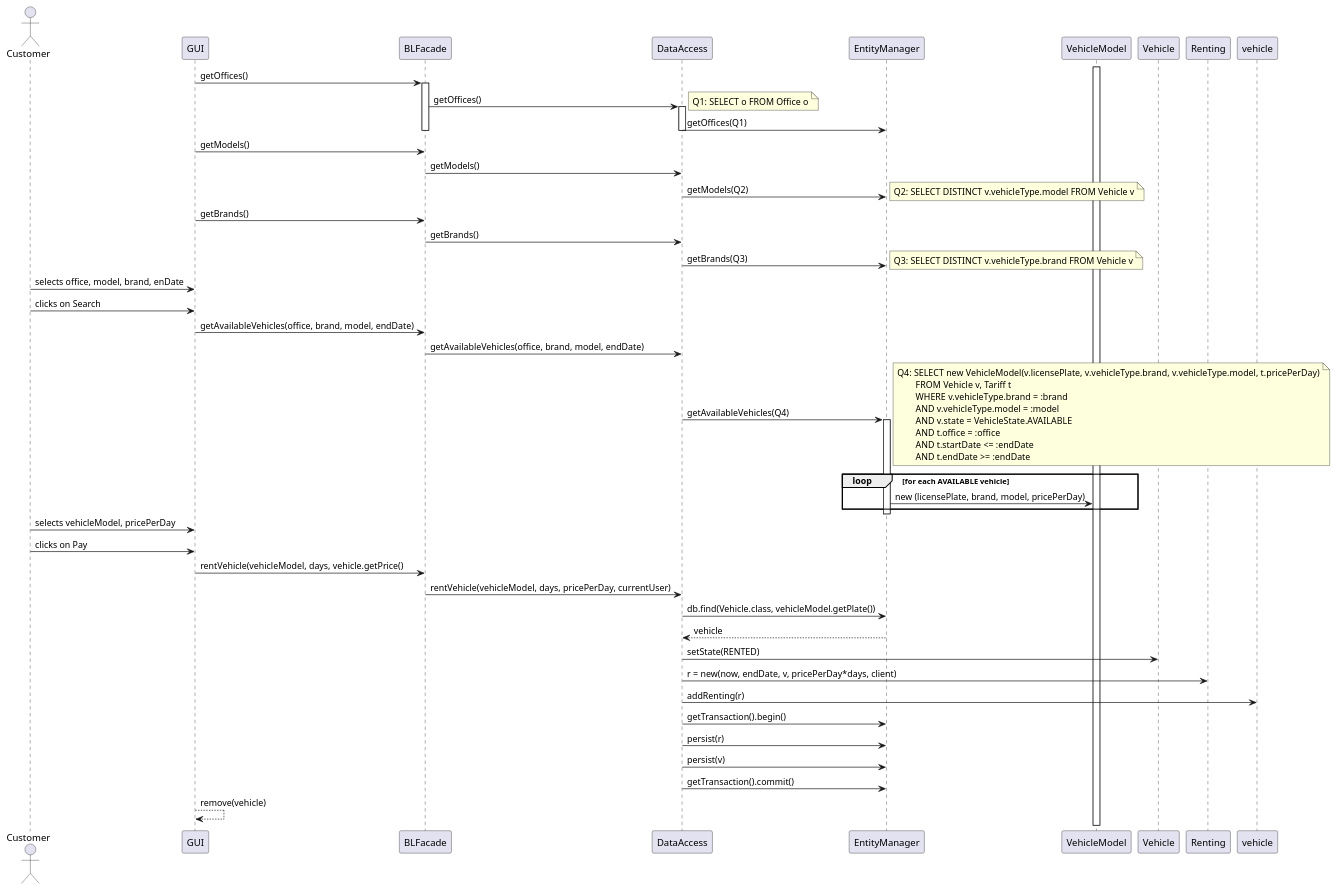
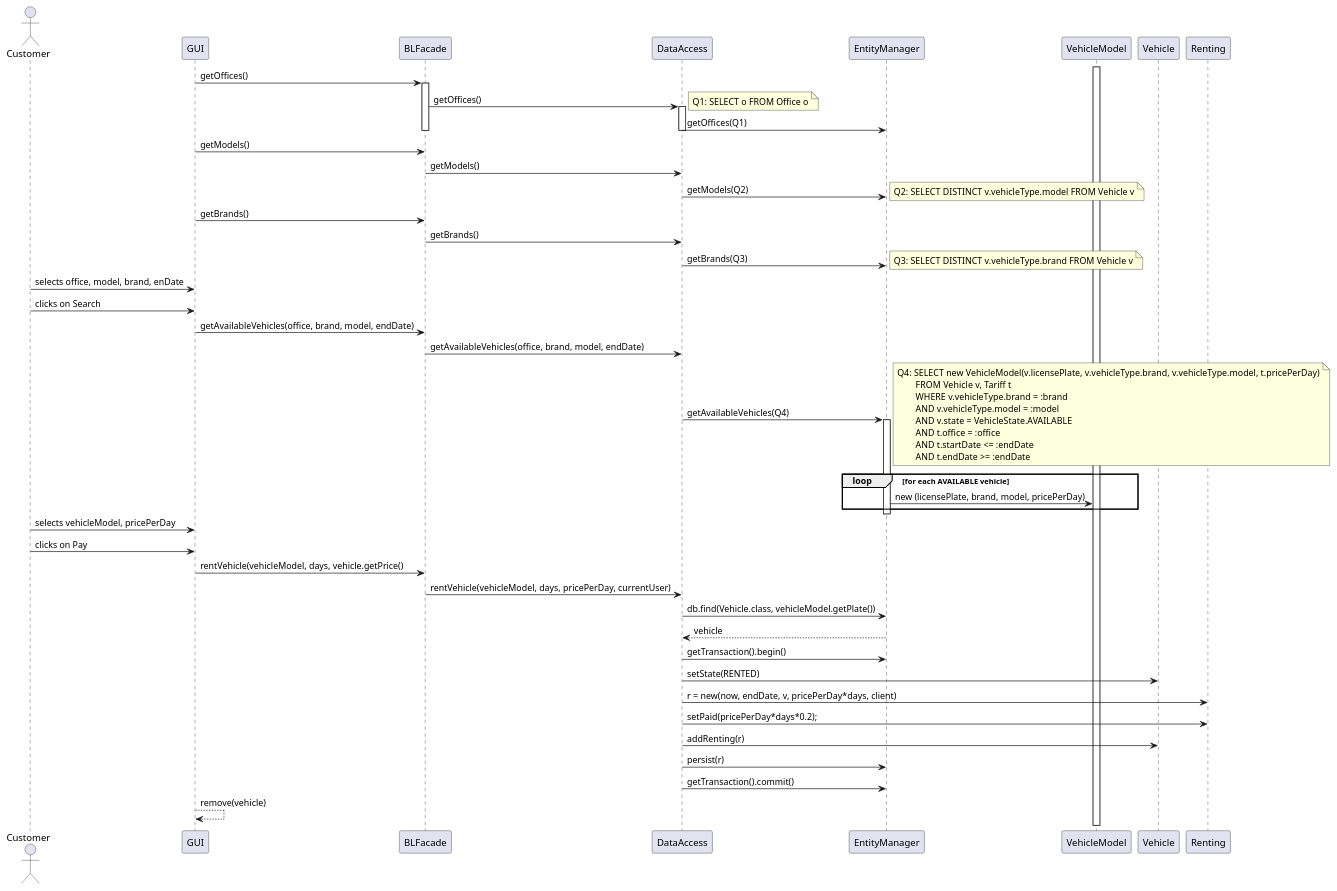
The diagram in doc/rentvehicle.plantuml (juananpe/karkrash), drawn with PlantUML before and after one commit. The commit also changed 6 other files, not shown here.

```diff
--- a/doc/rentvehicle.plantuml
+++ b/doc/rentvehicle.plantuml
@@ -1,77 +1,81 @@
 @startuml
 
 actor Customer as "Customer"
 participant GUI
 participant "BLFacade" as BLFacade
 participant "DataAccess" as DataAccess
 participant "EntityManager" as EntityManager
 participant "VehicleModel" as VehicleModel
 
 GUI -> BLFacade : getOffices()
 activate BLFacade
 BLFacade -> DataAccess : getOffices()
   note right
     Q1: SELECT o FROM Office o
   end note
 activate DataAccess
 DataAccess -> EntityManager : getOffices(Q1)
 deactivate DataAccess
 deactivate BLFacade
 
 
 GUI -> BLFacade : getModels()
 BLFacade -> DataAccess : getModels()
 DataAccess -> EntityManager : getModels(Q2)
   note right
     Q2: SELECT DISTINCT v.vehicleType.model FROM Vehicle v
   end note
 
 
 GUI -> BLFacade : getBrands()
 BLFacade -> DataAccess : getBrands()
 DataAccess -> EntityManager : getBrands(Q3)
   note right
     Q3: SELECT DISTINCT v.vehicleType.brand FROM Vehicle v
   end note
 
 Customer -> GUI : selects office, model, brand, enDate
 Customer -> GUI: clicks on Search
 GUI -> BLFacade : getAvailableVehicles(office, brand, model, endDate)
 BLFacade -> DataAccess : getAvailableVehicles(office, brand, model, endDate)
 DataAccess -> EntityManager : getAvailableVehicles(Q4)
 note right
     Q4: SELECT new VehicleModel(v.licensePlate, v.vehicleType.brand, v.vehicleType.model, t.pricePerDay)
             FROM Vehicle v, Tariff t
             WHERE v.vehicleType.brand = :brand
             AND v.vehicleType.model = :model
             AND v.state = VehicleState.AVAILABLE
             AND t.office = :office
             AND t.startDate <= :endDate
             AND t.endDate >= :endDate
 end note
 activate EntityManager
 loop for each AVAILABLE vehicle
 EntityManager -> VehicleModel: new (licensePlate, brand, model, pricePerDay)
 end loop
 activate VehicleModel
 deactivate EntityManager
 
 Customer -> GUI: selects vehicleModel, pricePerDay
 Customer -> GUI: clicks on Pay
 GUI -> BLFacade: rentVehicle(vehicleModel, days, vehicle.getPrice()
 BLFacade -> DataAccess: rentVehicle(vehicleModel, days, pricePerDay, currentUser)
 DataAccess -> EntityManager: db.find(Vehicle.class, vehicleModel.getPlate())
 EntityManager --> DataAccess: vehicle
+
+DataAccess -> EntityManager: getTransaction().begin()
 DataAccess -> Vehicle: setState(RENTED)
 DataAccess -> Renting: r = new(now, endDate, v, pricePerDay*days, client)
-DataAccess -> vehicle: addRenting(r)
-DataAccess -> EntityManager: getTransaction().begin()
+DataAccess -> Renting: setPaid(pricePerDay*days*0.2);
+DataAccess -> Vehicle: addRenting(r)
+
+
 DataAccess -> EntityManager: persist(r)
-DataAccess -> EntityManager: persist(v)
+' DataAccess -> EntityManager: persist(v)  (Not Needed)
 DataAccess -> EntityManager: getTransaction().commit()
 
 
 
 GUI --> GUI: remove(vehicle)
 
 @enduml
```
